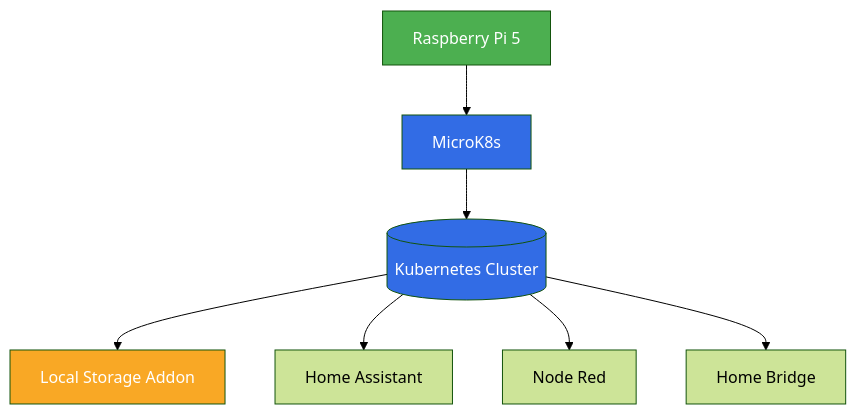
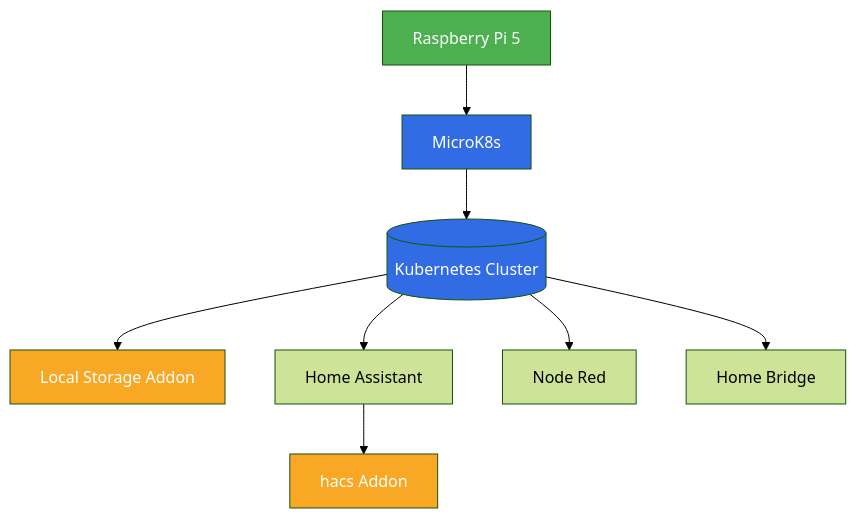
One commit to d1egoaz/k8s-local-ops changed the diagram in README.org. Above: the diagram before and after it, drawn with Mermaid (forest theme).

Commit message:
add hacs

```diff
--- a/README.org
+++ b/README.org
@@ -3,19 +3,20 @@
 #+begin_src mermaid
 graph TD;
     raspberryPi[Raspberry Pi 5] --> microK8s[MicroK8s];
     microK8s --> cluster[(Kubernetes Cluster)];
     cluster --> localStorage[Local Storage Addon];
     cluster --> homeAssistant[Home Assistant];
+    homeAssistant --> hacs[hacs Addon] ;
     cluster --> nodeRed[Node Red];
     cluster --> homeBridge[Home Bridge];
 
     classDef hardware fill:#4caf50,color:#fff;
     classDef k8s fill:#326ce5,color:#fff;
     classDef pending fill:#ff9800,color:#fff;
     classDef addon fill:#f9a825,color:#fff;
 
     class raspberryPi hardware;
     class microK8s,cluster k8s;
-    class localStorage addon;
+    class localStorage,hacs addon;
     class piholeOrAdguard pending;
 #+end_src
```
